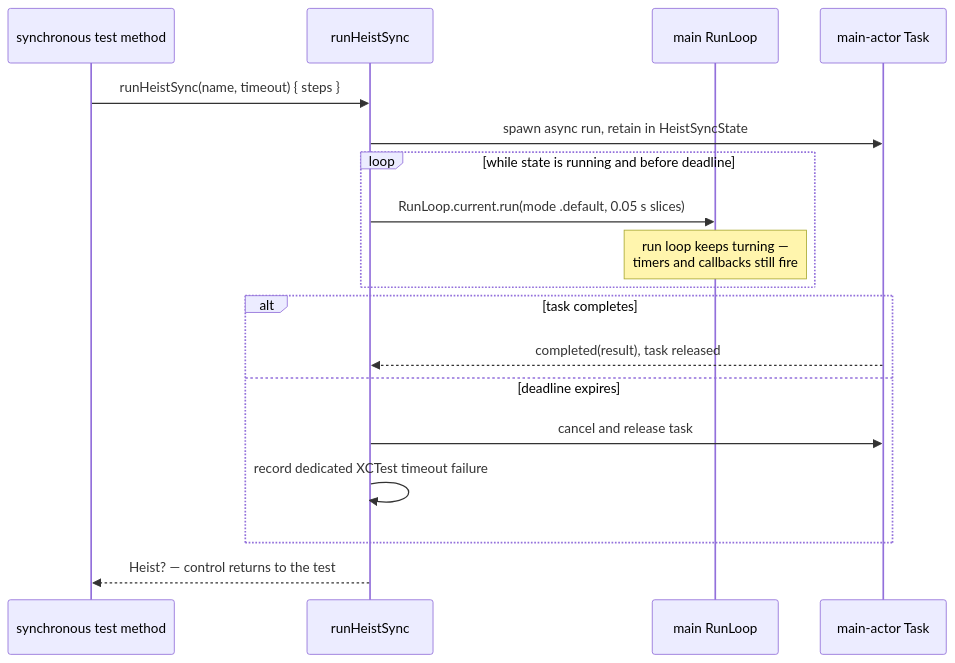
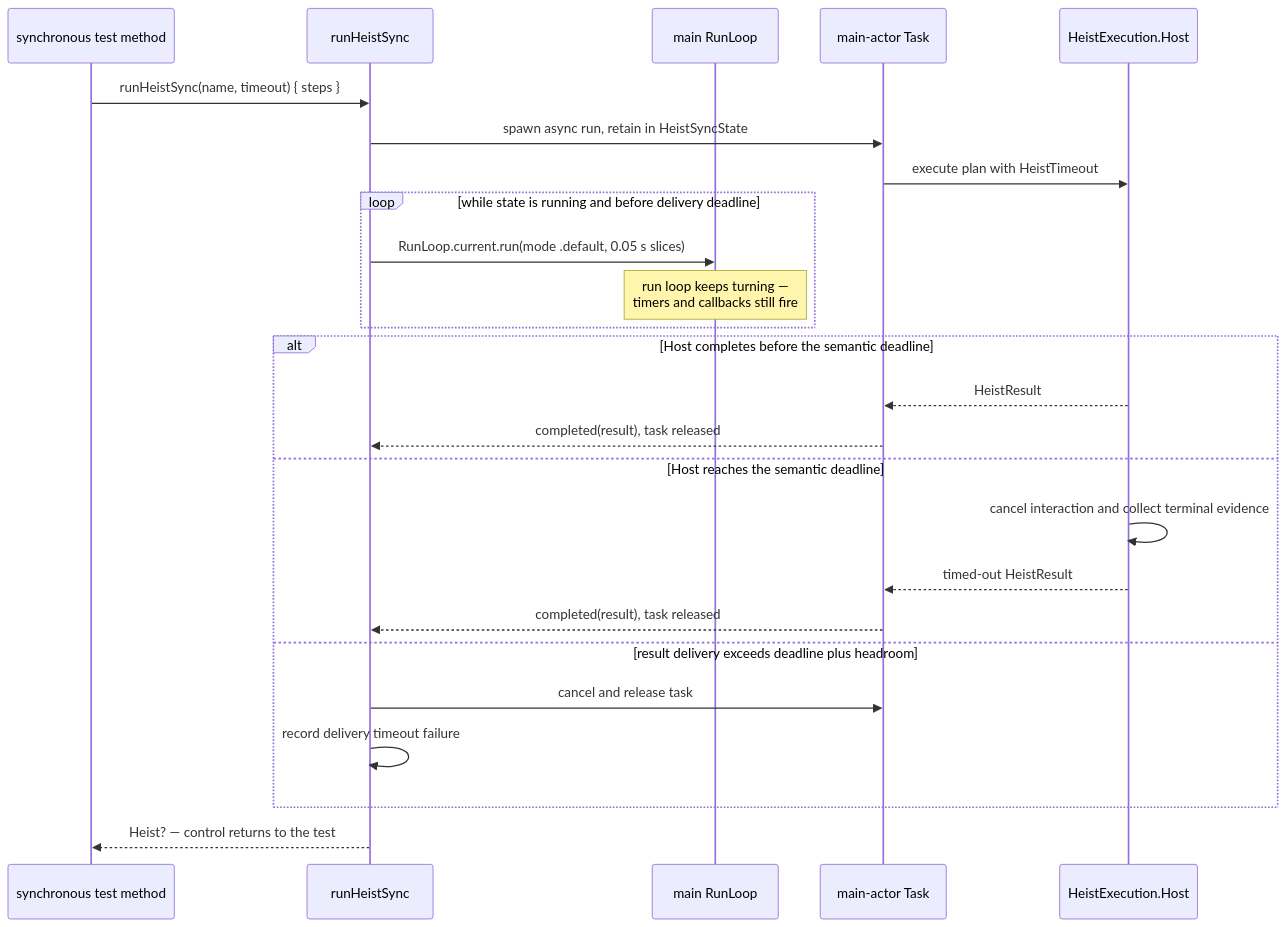
One commit to RoyalPineapple/TheButtonHeist changed the second of 4 diagrams in docs/diagrams/test-entry-points.md. Above: the diagram before and after it, drawn with Mermaid. The commit also changed other lines of this file and 326 other files, not shown here.

````diff
--- a/docs/diagrams/test-entry-points.md
+++ b/docs/diagrams/test-entry-points.md
@@ -26,21 +26,28 @@
 ```mermaid
 sequenceDiagram
     participant Test as synchronous test method
     participant Sync as runHeistSync
     participant RL as main RunLoop
     participant Task as main-actor Task
+    participant Host as HeistExecution.Host
 
     Test->>Sync: runHeistSync(name, timeout) { steps }
     Sync->>Task: spawn async run, retain in HeistSyncState
-    loop while state is running and before deadline
+    Task->>Host: execute plan with HeistTimeout
+    loop while state is running and before delivery deadline
         Sync->>RL: RunLoop.current.run(mode .default, 0.05 s slices)
         Note over RL: run loop keeps turning —<br/>timers and callbacks still fire
     end
-    alt task completes
+    alt Host completes before the semantic deadline
+        Host-->>Task: HeistResult
         Task-->>Sync: completed(result), task released
-    else deadline expires
+    else Host reaches the semantic deadline
+        Host->>Host: cancel interaction and collect terminal evidence
+        Host-->>Task: timed-out HeistResult
+        Task-->>Sync: completed(result), task released
+    else result delivery exceeds deadline plus headroom
         Sync->>Task: cancel and release task
-        Sync->>Sync: record dedicated XCTest timeout failure
+        Sync->>Sync: record delivery timeout failure
     end
     Sync-->>Test: Heist? — control returns to the test
 ```
````
